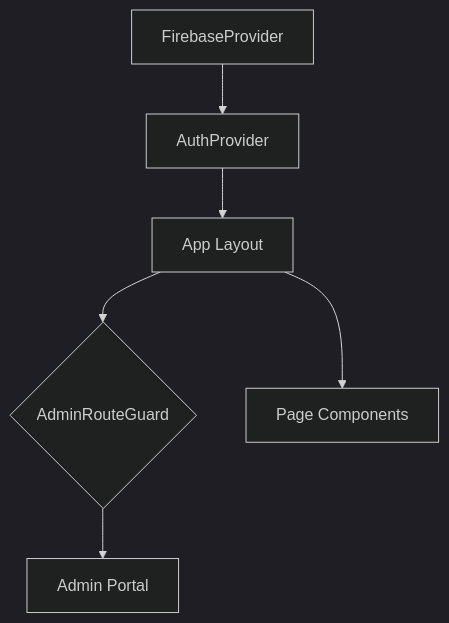
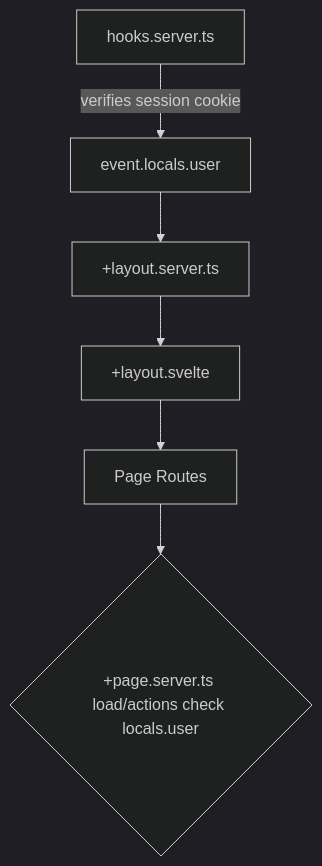
One commit to TimeMachine1994/081925-SvelteTweb changed the first of 4 diagrams in frontend/technical-design/01-current-state-architecture.md. Above: the diagram before and after it, drawn with Mermaid (dark theme). The commit also changed other lines of this file and 155 other files, not shown here.

````diff
--- a/frontend/technical-design/01-current-state-architecture.md
+++ b/frontend/technical-design/01-current-state-architecture.md
@@ -15,8 +22,8 @@
 ```mermaid
 graph TD
-    A[FirebaseProvider] --> B[AuthProvider];
-    B --> C[App Layout];
-    C --> D{AdminRouteGuard};
-    C --> E[Page Components];
-    D --> F[Admin Portal];
+    A[hooks.server.ts] -->|verifies session cookie| B[event.locals.user];
+    B --> C[+layout.server.ts];
+    C --> D[+layout.svelte];
+    D --> E[Page Routes];
+    E --> F{"+page.server.ts load/actions check locals.user"};
 ```
````
